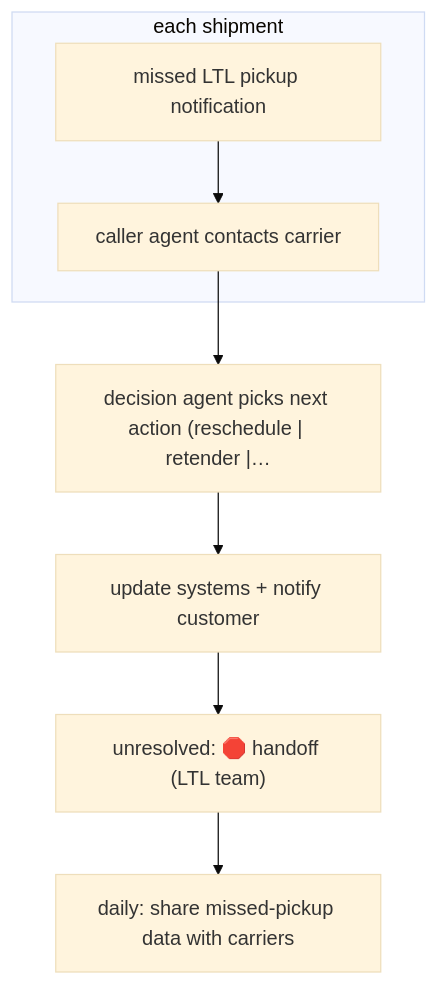
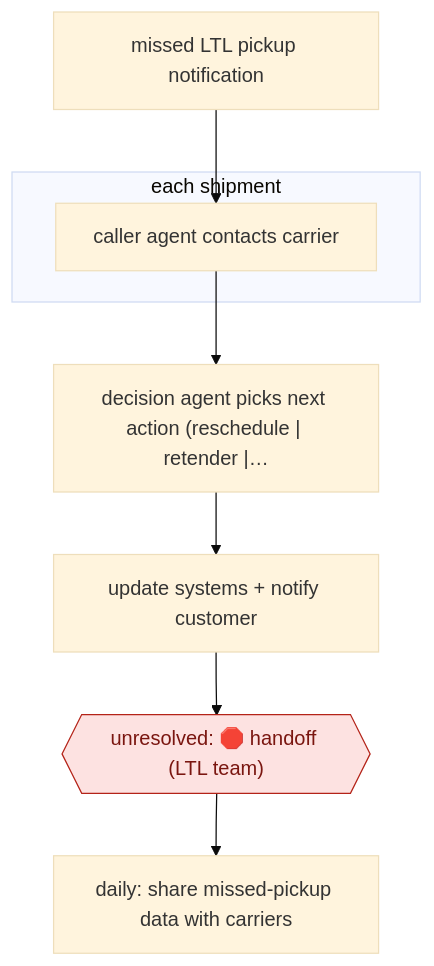
Before and after one commit to milesradford99/agent-workflow-atlas: the diagram in workflows/unplaced/missed-pickup-call-and-decide/README.md, drawn with Mermaid (base theme). The commit also changed 171 other files, not shown here.

````diff
--- a/workflows/unplaced/missed-pickup-call-and-decide/README.md
+++ b/workflows/unplaced/missed-pickup-call-and-decide/README.md
@@ -31,17 +31,17 @@
 ```mermaid
 flowchart TD
   n1["missed LTL pickup notification"]
   subgraph s2["each shipment"]
   n3["caller agent contacts carrier"]
-  n1 --> n3
   end
   n4["decision agent picks next action (reschedule | retender |…"]
+  n5["update systems + notify customer"]
+  n6{{"unresolved: 🛑 handoff (LTL team)"}}:::stop
+  n7["daily: share missed-pickup data with carriers"]
+  n1 --> n3
   n3 --> n4
-  n5["update systems + notify customer"]
   n4 --> n5
-  n6["unresolved: 🛑 handoff (LTL team)"]
   n5 --> n6
-  n7["daily: share missed-pickup data with carriers"]
   n6 --> n7
   classDef stop fill:#fde2e1,stroke:#b42318,color:#7a1610
 ```
````
